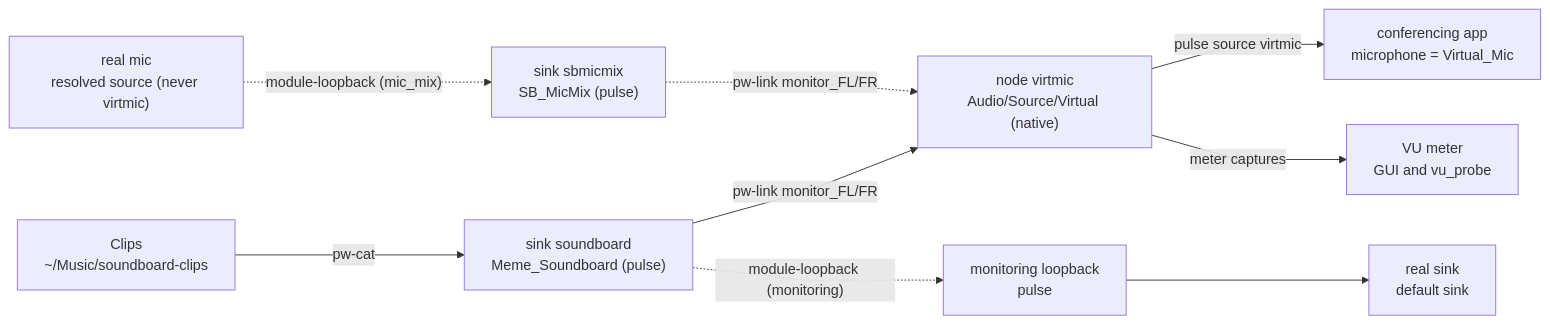
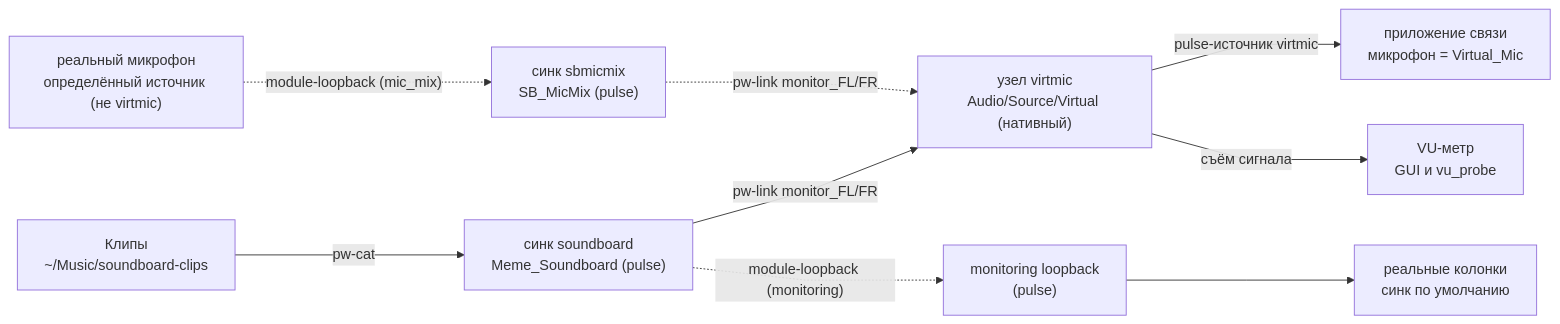
The first of 2 diagrams in docs/hld.md (wsgoggway/soundboard), drawn with Mermaid before and after one commit. The commit also changed other lines of this file and 8 other files, not shown here.

````diff
--- a/docs/hld.md
+++ b/docs/hld.md
@@ -41,22 +41,22 @@
 ```mermaid
 %%{init: {'flowchart': {'curve': 'linear'}}}%%
 flowchart LR
-    CLIPS["Clips<br/>~/Music/soundboard-clips"]
-    SB["sink soundboard<br/>Meme_Soundboard (pulse)"]
-    MIC["real mic<br/>resolved source (never virtmic)"]
-    SBM["sink sbmicmix<br/>SB_MicMix (pulse)"]
-    VM["node virtmic<br/>Audio/Source/Virtual (native)"]
-    RS["real sink<br/>default sink"]
-    LB["monitoring loopback<br/>pulse"]
-    CONF["conferencing app<br/>microphone = Virtual_Mic"]
-    VU["VU meter<br/>GUI and vu_probe"]
+    CLIPS["Клипы<br/>~/Music/soundboard-clips"]
+    SB["синк soundboard<br/>Meme_Soundboard (pulse)"]
+    MIC["реальный микрофон<br/>определённый источник (не virtmic)"]
+    SBM["синк sbmicmix<br/>SB_MicMix (pulse)"]
+    VM["узел virtmic<br/>Audio/Source/Virtual (нативный)"]
+    RS["реальные колонки<br/>синк по умолчанию"]
+    LB["monitoring loopback<br/>(pulse)"]
+    CONF["приложение связи<br/>микрофон = Virtual_Mic"]
+    VU["VU-метр<br/>GUI и vu_probe"]
 
     CLIPS -->|"pw-cat"| SB
     SB -->|"pw-link monitor_FL/FR"| VM
     MIC -.->|"module-loopback (mic_mix)"| SBM
     SBM -.->|"pw-link monitor_FL/FR"| VM
     SB -.->|"module-loopback (monitoring)"| LB
     LB --> RS
-    VM -->|"pulse source virtmic"| CONF
-    VM -->|"meter captures"| VU
+    VM -->|"pulse-источник virtmic"| CONF
+    VM -->|"съём сигнала"| VU
 ```
````
